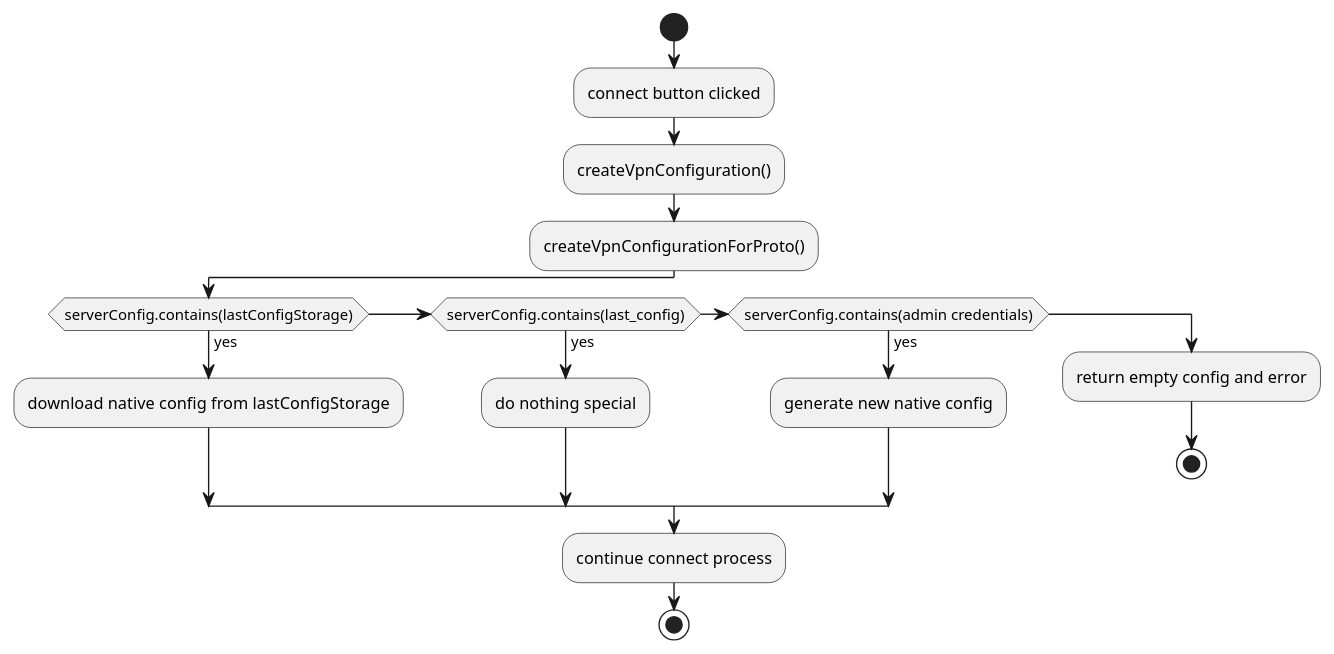
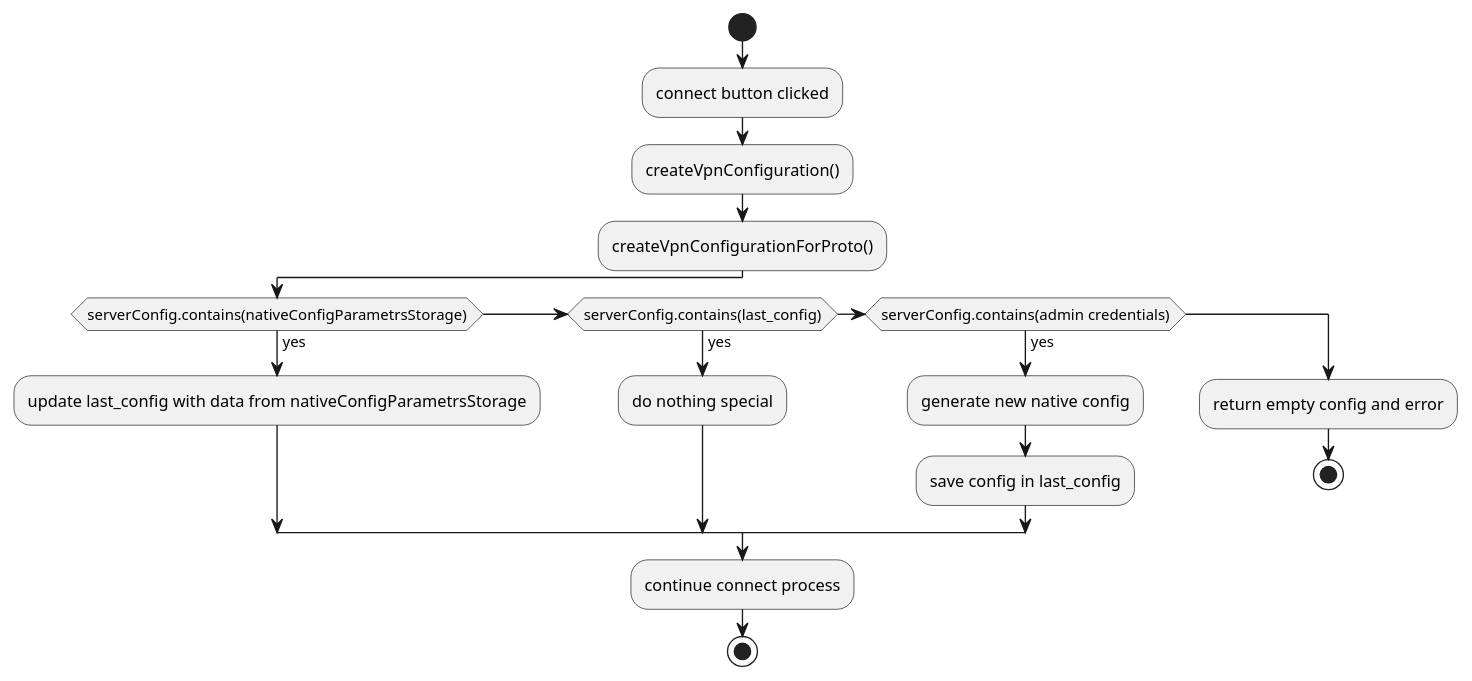
One commit to amnezia-vpn/amnezia-client changed the diagram in docs/configs/serverConfigProcessingOnConnection.plantuml. Above: the diagram before and after it, drawn with PlantUML. The commit also changed 24 other files, not shown here.

```diff
--- a/docs/configs/serverConfigProcessingOnConnection.plantuml
+++ b/docs/configs/serverConfigProcessingOnConnection.plantuml
@@ -1,20 +1,21 @@
 @startuml configProcessingOnConnection
 start
 
 :connect button clicked;
 :createVpnConfiguration();
 :createVpnConfigurationForProto();
 
-if (serverConfig.contains(lastConfigStorage)) then (yes)
-    :download native config from lastConfigStorage;
+if (serverConfig.contains(nativeConfigParametrsStorage)) then (yes)
+    :update last_config with data from nativeConfigParametrsStorage;
 else if (serverConfig.contains(last_config)) then (yes)
     :do nothing special;
 else if (serverConfig.contains(admin credentials)) then (yes)
     :generate new native config;
+    :save config in last_config;
 else 
     :return empty config and error;
     stop
 endif
 :continue connect process;
 stop
 @enduml
```
